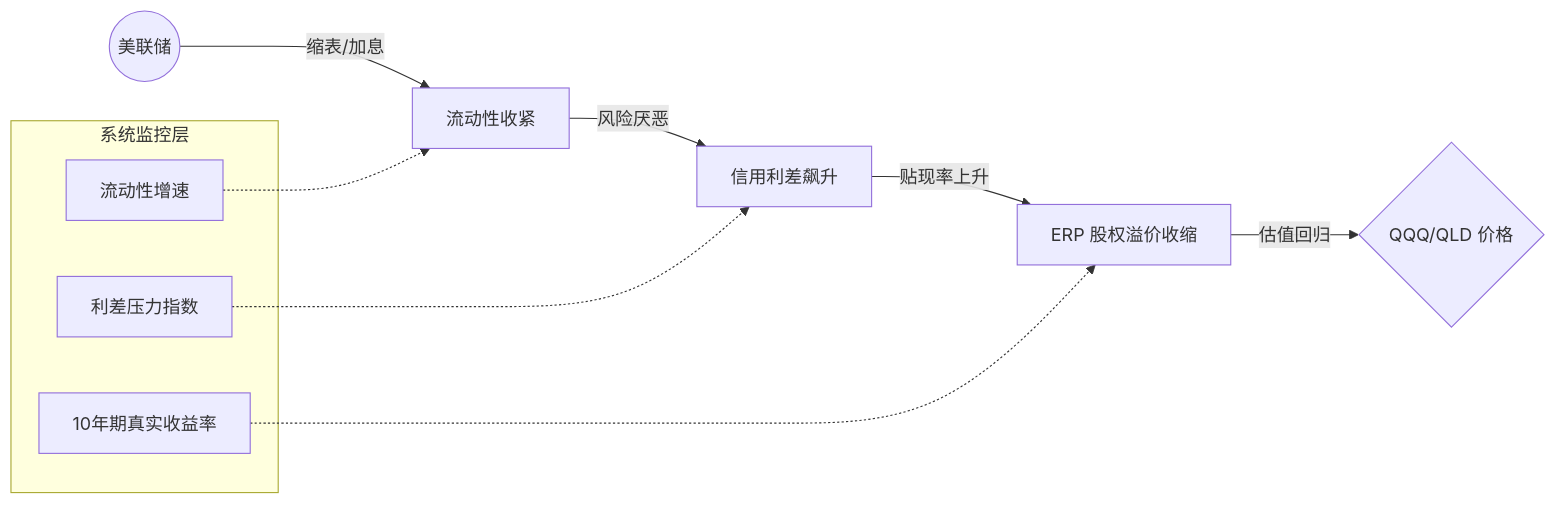
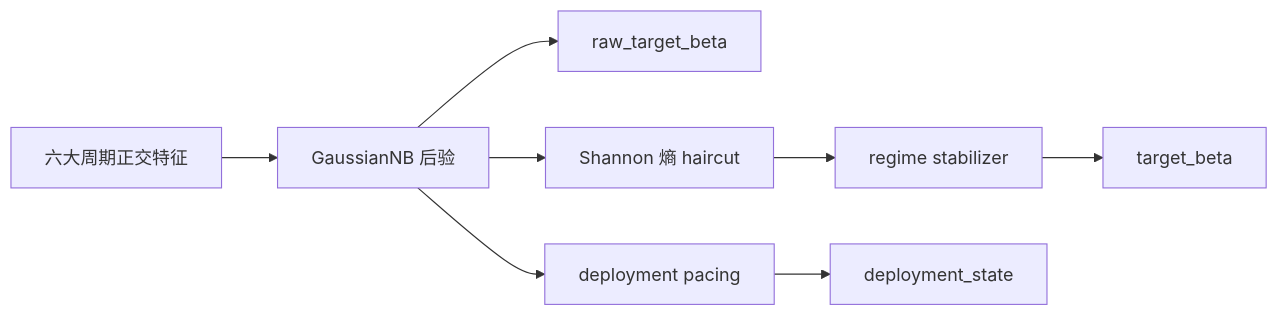
The second of 10 diagrams in docs/V11_5_USER_PHILOSOPHY.md (yutaofr/qqq-buyer-monitor), drawn with Mermaid before and after one commit. The commit also changed other lines of this file and 1 other file, not shown here.

````diff
--- a/docs/V11_5_USER_PHILOSOPHY.md
+++ b/docs/V11_5_USER_PHILOSOPHY.md
@@ -67,17 +55,10 @@
 ```mermaid
 flowchart LR
-    A((美联储)) -- 缩表/加息 --> B[流动性收紧]
-    B -- 风险厌恶 --> C[信用利差飙升]
-    C -- 贴现率上升 --> D[ERP 股权溢价收缩]
-    D -- 估值回归 --> E{QQQ/QLD 价格}
-    
-    subgraph 系统监控层
-    B1[流动性增速]
-    C1[利差压力指数]
-    D1[10年期真实收益率]
-    end
-    
-    B1 -.-> B
-    C1 -.-> C
-    D1 -.-> D
+    A[六大周期正交特征] --> B[GaussianNB 后验]
+    B --> C[raw_target_beta]
+    B --> D[Shannon 熵 haircut]
+    D --> E[regime stabilizer]
+    E --> F[target_beta]
+    B --> G[deployment pacing]
+    G --> H[deployment_state]
 ```
````
